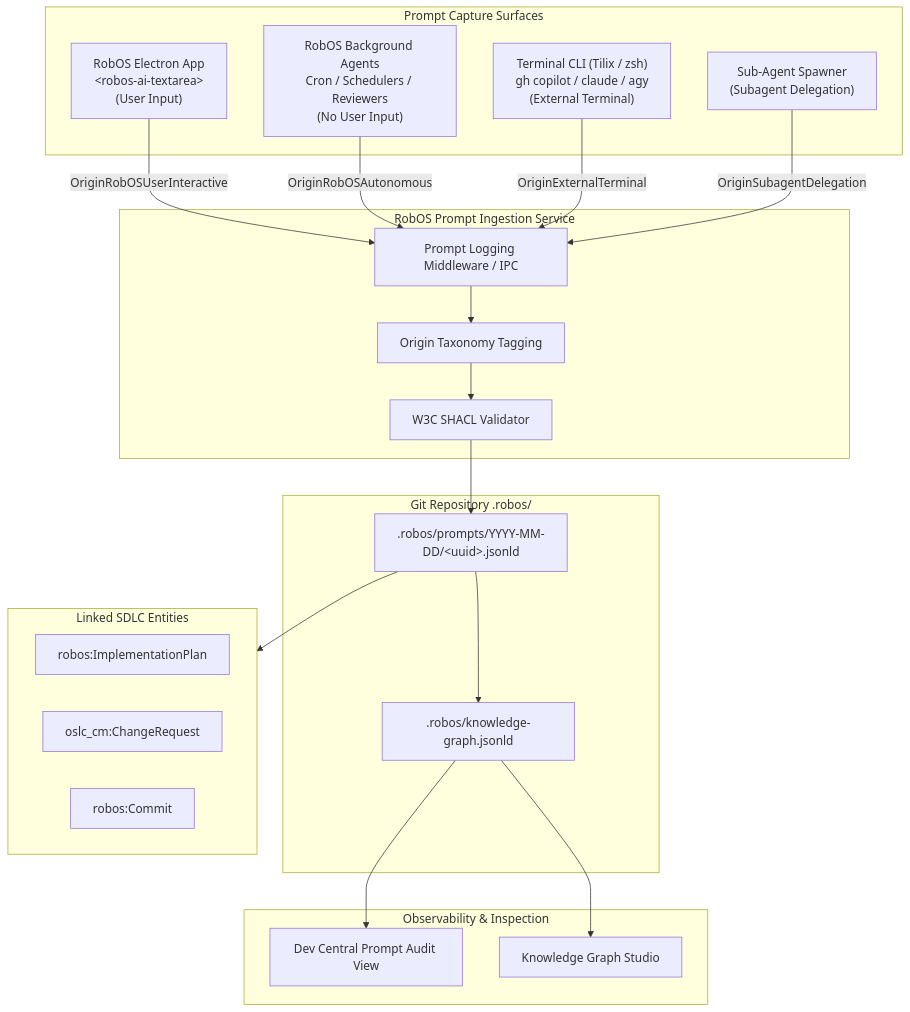
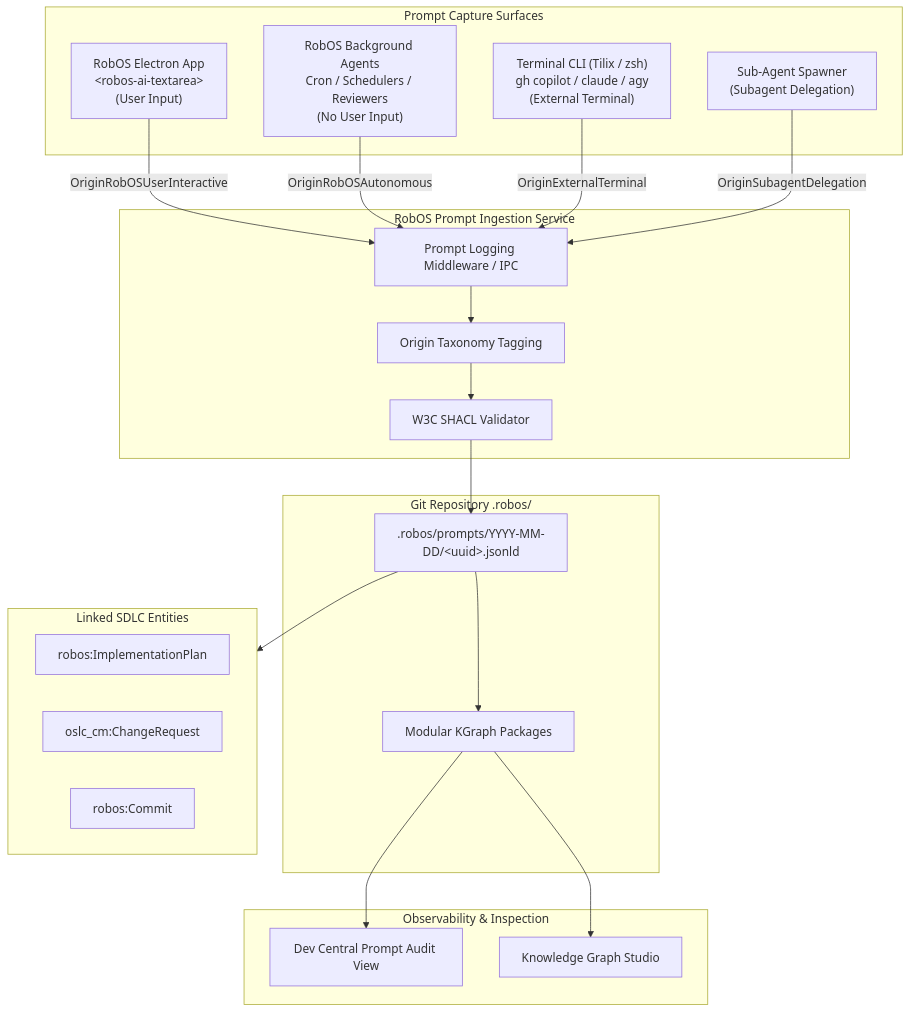
The diagram in docs/ideas/specs/prompt-knowledge-graph-logging.md (nddipiazza/robos), drawn with Mermaid before and after one commit. The commit also changed other lines of this file and 34 other files, not shown here.

Commit message:
docs: abstract raw knowledge-graph.jsonld references to Modular KGraph Packages

````diff
--- a/docs/ideas/specs/prompt-knowledge-graph-logging.md
+++ b/docs/ideas/specs/prompt-knowledge-graph-logging.md
@@ -80,43 +80,43 @@
 ```mermaid
 graph TD
     subgraph CaptureSurfaces [Prompt Capture Surfaces]
         UI["RobOS Electron App<br/>&lt;robos-ai-textarea&gt;<br/>(User Input)"]
         Auto["RobOS Background Agents<br/>Cron / Schedulers / Reviewers<br/>(No User Input)"]
         Term["Terminal CLI (Tilix / zsh)<br/>gh copilot / claude / agy<br/>(External Terminal)"]
         Sub["Sub-Agent Spawner<br/>(Subagent Delegation)"]
     end
 
     subgraph LoggerEngine [RobOS Prompt Ingestion Service]
         Interceptor[Prompt Logging Middleware / IPC]
         TaxonomyClassifier[Origin Taxonomy Tagging]
         SHACLValidator[W3C SHACL Validator]
     end
 
     subgraph GitStore [Git Repository .robos/]
         PromptStore[".robos/prompts/YYYY-MM-DD/&lt;uuid&gt;.jsonld"]
-        KGraph[".robos/knowledge-graph.jsonld"]
+        KGraph["Modular KGraph Packages"]
     end
 
     subgraph DownstreamArtifacts [Linked SDLC Entities]
         Plan["robos:ImplementationPlan"]
         Ticket["oslc_cm:ChangeRequest"]
         Commit["robos:Commit"]
     end
 
     subgraph AnalyticsUI [Observability & Inspection]
         DC["Dev Central Prompt Audit View"]
         GS["Knowledge Graph Studio"]
     end
 
     UI -->|OriginRobOSUserInteractive| Interceptor
     Auto -->|OriginRobOSAutonomous| Interceptor
     Term -->|OriginExternalTerminal| Interceptor
     Sub -->|OriginSubagentDelegation| Interceptor
 
     Interceptor --> TaxonomyClassifier
     TaxonomyClassifier --> SHACLValidator
     SHACLValidator --> PromptStore
     PromptStore --> KGraph
     PromptStore --> DownstreamArtifacts
     KGraph --> DC & GS
 ```
````
